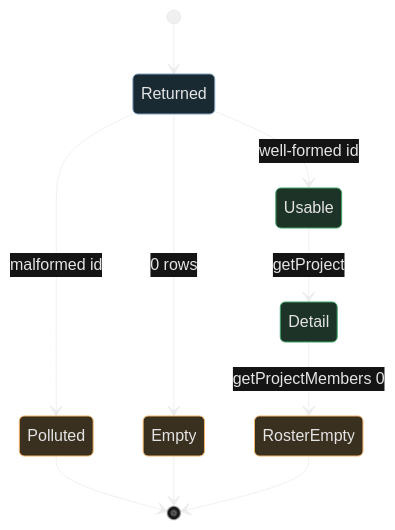
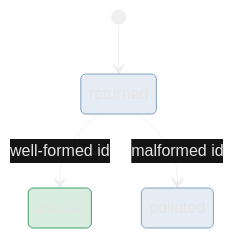
One commit to mrzmyr/agent-plugin changed the eighth of 10 diagrams in skills/create-mermaid/README.md. Above: the diagram before and after it, drawn with Mermaid. The commit also changed other lines of this file, not shown here.

First line of the commit message:
Show without-skill and with-skill mermaid pairs in the README.

````diff
--- a/skills/create-mermaid/README.md
+++ b/skills/create-mermaid/README.md
@@ -90,19 +172,12 @@
 ```mermaid
 %%{init: {'theme': 'base', 'themeVariables': {'primaryColor': '#181818', 'primaryTextColor': '#E4E4E4', 'primaryBorderColor': '#E4E4E433', 'lineColor': '#E4E4E48D', 'secondaryColor': '#141414', 'tertiaryColor': '#E4E4E411'}}}%%
 stateDiagram-v2
-  [*] --> Returned
-  Returned --> Usable : well-formed id
-  Returned --> Polluted : malformed id
-  Returned --> Empty : 0 rows
-  Usable --> Detail : getProject
-  Detail --> RosterEmpty : getProjectMembers 0
-  Polluted --> [*]
-  Empty --> [*]
-  RosterEmpty --> [*]
-  class Returned info
-  class Usable,Detail success
-  class Polluted,Empty,RosterEmpty warning
-  classDef info fill:#1a2a33,stroke:#81A1C1,color:#E4E4E4
-  classDef success fill:#1e3328,stroke:#3FA266,color:#E4E4E4
-  classDef warning fill:#3a3020,stroke:#F1B467,color:#E4E4E4
+  [*] --> returned
+  returned --> usable: well-formed id
+  returned --> polluted: malformed id
+  classDef info fill:#81A1C133,stroke:#81A1C1,color:#E4E4E4EB
+  classDef success fill:#3FA26633,stroke:#3FA266,color:#E4E4E4EB
+  class returned info
+  class polluted info
+  class usable success
 ```
````
